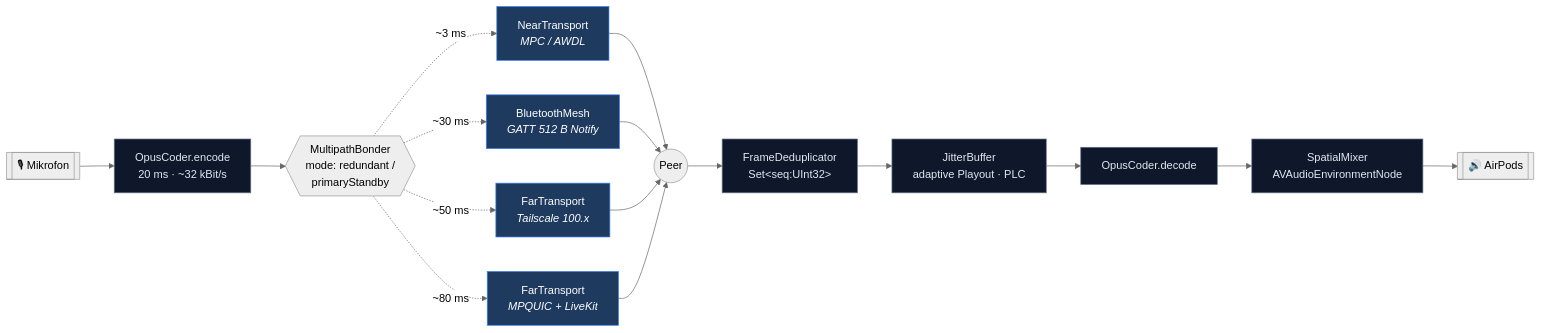
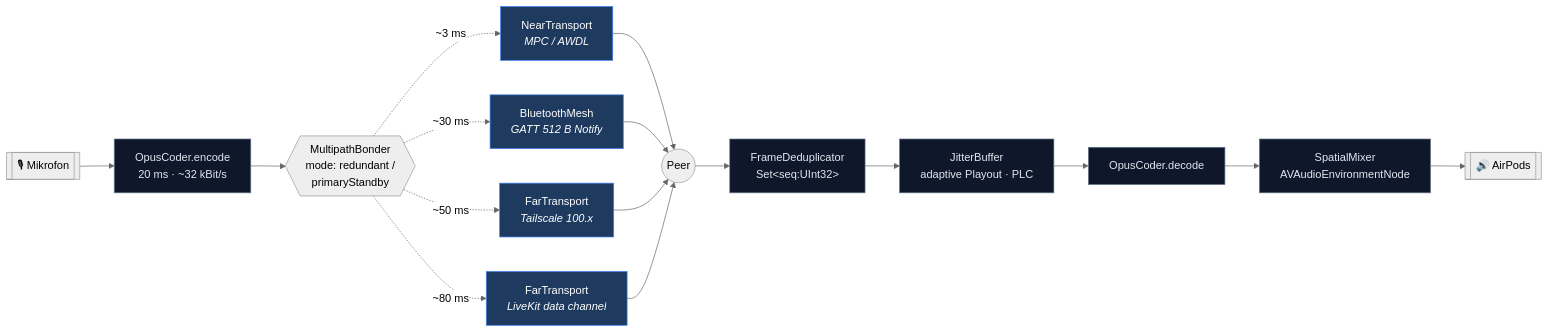
Before and after one commit to Martin-Hausleitner/Sonar: the first of 7 diagrams in README.md, drawn with Mermaid (neutral theme). The commit also changed other lines of this file and 124 other files, not shown here.

````diff
--- a/README.md
+++ b/README.md
@@ -163,23 +162,23 @@
 ```mermaid
 flowchart LR
     Mic[["🎙 Mikrofon"]] --> Opus["OpusCoder.encode<br/>20 ms · ~32 kBit/s"]
     Opus --> Bonder{{"MultipathBonder<br/>mode: redundant /<br/>primaryStandby"}}
 
     Bonder -.->|"~3 ms"| Near["NearTransport<br/><i>MPC / AWDL</i>"]
     Bonder -.->|"~30 ms"| BLE["BluetoothMesh<br/><i>GATT 512 B Notify</i>"]
     Bonder -.->|"~50 ms"| TS["FarTransport<br/><i>Tailscale 100.x</i>"]
-    Bonder -.->|"~80 ms"| Far["FarTransport<br/><i>MPQUIC + LiveKit</i>"]
+    Bonder -.->|"~80 ms"| Far["FarTransport<br/><i>LiveKit data channel</i>"]
 
     Near & BLE & TS & Far --> Peer(("Peer"))
 
     Peer --> Dedup["FrameDeduplicator<br/>Set&lt;seq:UInt32&gt;"]
     Dedup --> Jitter["JitterBuffer<br/>adaptive Playout · PLC"]
     Jitter --> Decode["OpusCoder.decode"]
     Decode --> Spatial["SpatialMixer<br/>AVAudioEnvironmentNode"]
     Spatial --> Out[["🔊 AirPods"]]
 
     classDef path fill:#1e3a5f,stroke:#3b82f6,color:#fff
     classDef proc fill:#0f172a,stroke:#64748b,color:#e2e8f0
     class Near,BLE,TS,Far path
     class Opus,Dedup,Jitter,Decode,Spatial proc
 ```
````
